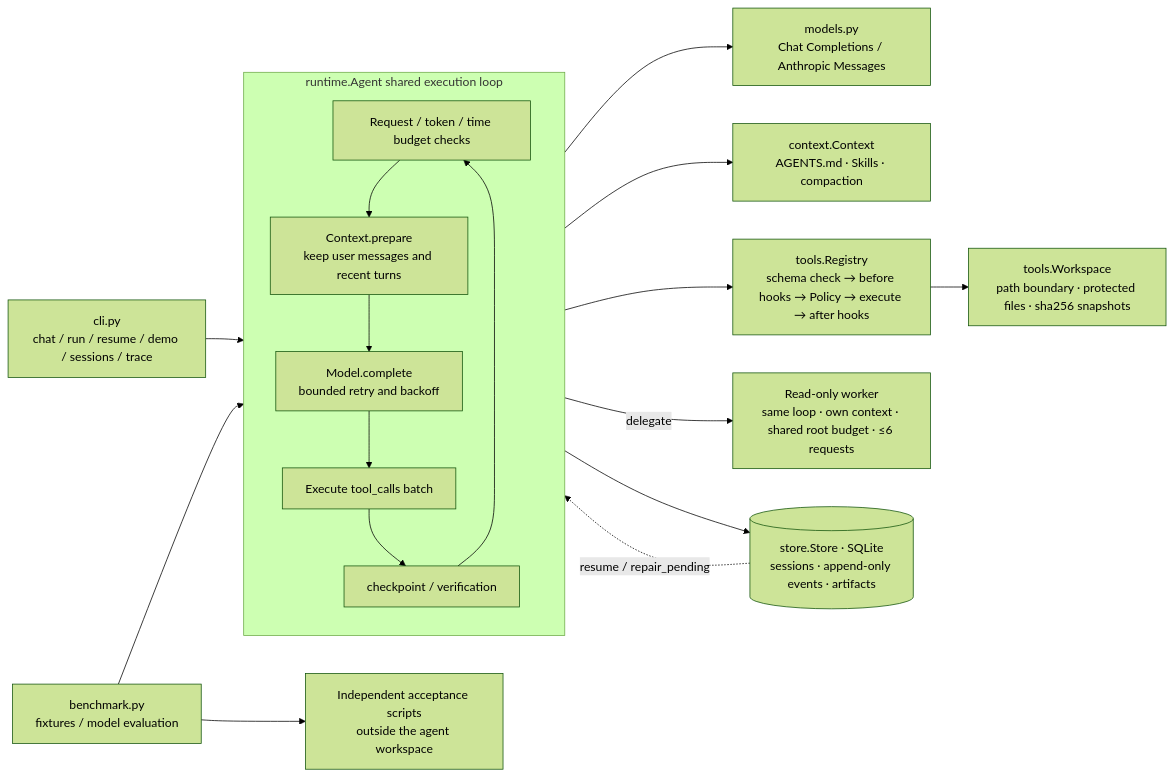
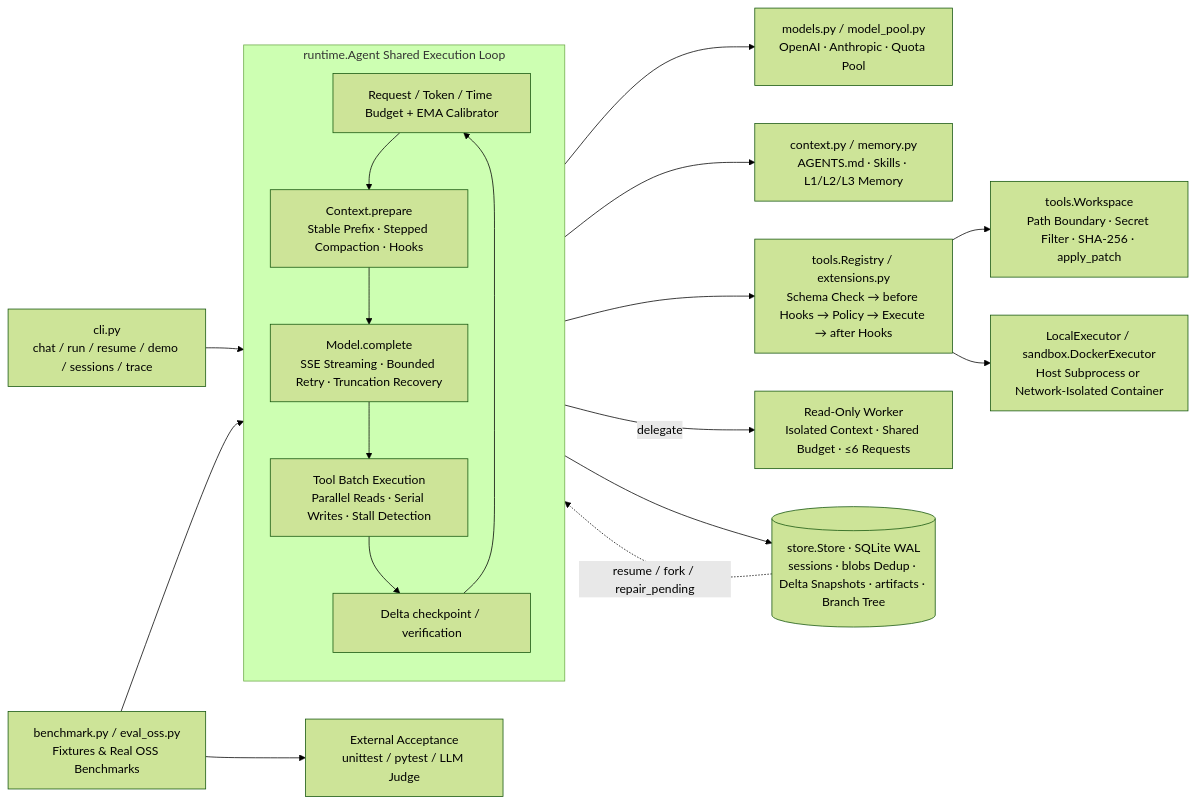
The diagram in README.en.md (twi66li/CodeHarness), drawn with Mermaid (forest theme) before and after one commit. The commit also changed other lines of this file and 1 other file, not shown here.

````diff
--- a/README.en.md
+++ b/README.en.md
@@ -11,23 +21,24 @@
 ```mermaid
 flowchart LR
     CLI["cli.py<br/>chat / run / resume / demo / sessions / trace"] --> Agent
-    Bench["benchmark.py<br/>fixtures / model evaluation"] --> Agent
-    Bench --> Accept["Independent acceptance scripts<br/>outside the agent workspace"]
+    Bench["benchmark.py / eval_oss.py<br/>Fixtures & Real OSS Benchmarks"] --> Agent
+    Bench --> Accept["External Acceptance<br/>unittest / pytest / LLM Judge"]
 
-    subgraph Agent["runtime.Agent shared execution loop"]
+    subgraph Agent["runtime.Agent Shared Execution Loop"]
         direction TB
-        Budget["Request / token / time budget checks"] --> Prepare["Context.prepare<br/>keep user messages and recent turns"]
-        Prepare --> Call["Model.complete<br/>bounded retry and backoff"]
-        Call --> Batch["Execute tool_calls batch"]
-        Batch --> Check["checkpoint / verification"]
+        Budget["Request / Token / Time Budget + EMA Calibrator"] --> Prepare["Context.prepare<br/>Stable Prefix · Stepped Compaction · Hooks"]
+        Prepare --> Call["Model.complete<br/>SSE Streaming · Bounded Retry · Truncation Recovery"]
+        Call --> Batch["Tool Batch Execution<br/>Parallel Reads · Serial Writes · Stall Detection"]
+        Batch --> Check["Delta checkpoint / verification"]
         Check --> Budget
     end
 
-    Call --> Model["models.py<br/>Chat Completions / Anthropic Messages"]
-    Prepare --> Ctx["context.Context<br/>AGENTS.md · Skills · compaction"]
-    Batch --> Reg["tools.Registry<br/>schema check → before hooks → Policy → execute → after hooks"]
-    Reg --> WS["tools.Workspace<br/>path boundary · protected files · sha256 snapshots"]
-    Batch -- delegate --> Child["Read-only worker<br/>same loop · own context · shared root budget · ≤6 requests"]
-    Agent --> Store[("store.Store · SQLite<br/>sessions · append-only events · artifacts")]
-    Store -. resume / repair_pending .-> Agent
+    Call --> Model["models.py / model_pool.py<br/>OpenAI · Anthropic · Quota Pool"]
+    Prepare --> Ctx["context.py / memory.py<br/>AGENTS.md · Skills · L1/L2/L3 Memory"]
+    Batch --> Reg["tools.Registry / extensions.py<br/>Schema Check → before Hooks → Policy → Execute → after Hooks"]
+    Reg --> WS["tools.Workspace<br/>Path Boundary · Secret Filter · SHA-256 · apply_patch"]
+    Reg --> Exec["LocalExecutor / sandbox.DockerExecutor<br/>Host Subprocess or Network-Isolated Container"]
+    Batch -- delegate --> Child["Read-Only Worker<br/>Isolated Context · Shared Budget · ≤6 Requests"]
+    Agent --> Store[("store.Store · SQLite WAL<br/>sessions · blobs Dedup · Delta Snapshots · artifacts · Branch Tree")]
+    Store -. resume / fork / repair_pending .-> Agent
 ```
````
